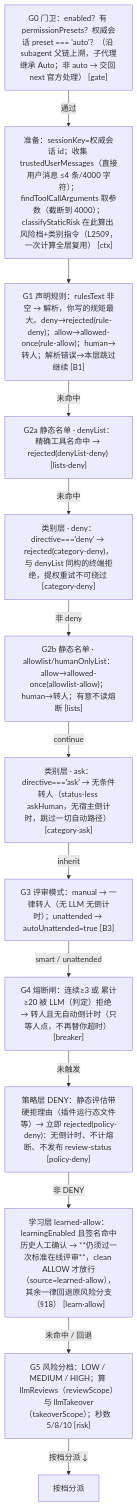
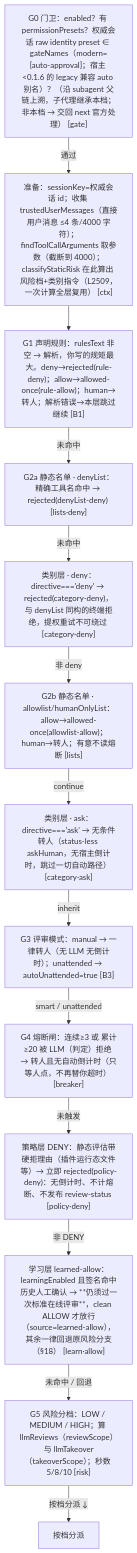
Before and after one commit to cuddly-guacamole/dsh-auto-approval-llm: the diagram in docs/04-adjudicator-pipeline.md, drawn with Mermaid. The commit also changed other lines of this file and 15 other files, not shown here.

First line of the commit message:
docs: document the auto-approval rename and legacy migration

````diff
--- a/docs/04-adjudicator-pipeline.md
+++ b/docs/04-adjudicator-pipeline.md
@@ -7,15 +7,15 @@
 ```mermaid
 flowchart TD
-    A1["G0 门卫：enabled？有 permissionPresets？权威会话 preset === 'auto'？（沿 subagent 父链上溯，子代理继承 Auto；非 auto → 交回 next 官方处理） [gate]"] -->|通过| A2["准备：sessionKey=权威会话 id；收集 trustedUserMessages（直接用户消息 ≤4 条/4000 字符）；findToolCallArguments 取参数（截断到 4000）；classifyStaticRisk 在此算出 风险档+类别指令（L2509，一次计算全层复用） [ctx]"]
+    A1["G0 门卫：enabled？有 permissionPresets？权威会话 raw identity preset ∈ gateNames（modern=[auto-approval]；宿主 <0.1.6 的 legacy 兼容 auto 别名）？（沿 subagent 父链上溯，子代理继承本档；非本档 → 交回 next 官方处理） [gate]"] -->|通过| A2["准备：sessionKey=权威会话 id；收集 trustedUserMessages（直接用户消息 ≤4 条/4000 字符）；findToolCallArguments 取参数（截断到 4000）；classifyStaticRisk 在此算出 风险档+类别指令（L2509，一次计算全层复用） [ctx]"]
     A2 --> A3["G1 声明规则：rulesText 非空 → 解析，你写的规矩最大。deny→rejected(rule-deny)；allow→allowed-once(rule-allow)；human→转人；解析错误→本层跳过继续 [B1]"]
     A3 -->|未命中| A4["G2a 静态名单 · denyList：精确工具名命中 → rejected(denyList-deny) [lists·deny]"]
     A4 -->|未命中| A5["类别层 · deny：directive==='deny' → rejected(category-deny)，与 denyList 同构的终端拒绝，提权重试不可绕过 [category·deny]"]
     A5 -->|非 deny| A6["G2b 静态名单 · allowlist/humanOnlyList：allow→allowed-once(allowlist-allow)；human→转人；有意不读熔断 [lists]"]
     A6 -->|continue| A7["类别层 · ask：directive==='ask' → 无条件转人（status-less askHuman，无宿主倒计时，跳过一切自动路径） [category·ask]"]
     A7 -->|inherit| A8["G3 评审模式：manual → 一律转人（无 LLM 无倒计时）；unattended → autoUnattended=true [B3]"]
     A8 -->|smart / unattended| A9["G4 熔断闸：连续≥3 或 累计≥20 被 LLM（判定）拒绝 → 转人且无自动倒计时（只等人点，不再替你超时） [breaker]"]
     A9 -->|未触发| A10["策略层 DENY：静态评估带硬拒理由（插件运行态文件等）→ 立即 rejected(policy-deny)：无倒计时、不计熔断、不发布 review-status [policy·deny]"]
     A10 -->|非 DENY| A11["学习层 learned-allow：learningEnabled 且签名命中历史人工确认 → **仍须过一次标准在线评审**，clean ALLOW 才放行（source=learned-allow），其余一律回退原风险分支（§18） [learn·allow]"]
     A11 -->|未命中 / 回退| A12["G5 风险分档：LOW / MEDIUM / HIGH；算 llmReviews（reviewScope）与 llmTakeover（takeoverScope）；秒数 5/8/10 [risk]"]
     A12 -->|按档分派 ↓| A13["按档分派"]
 ```
````
